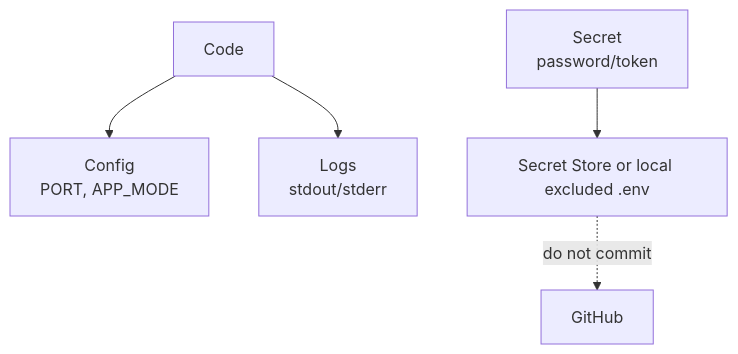
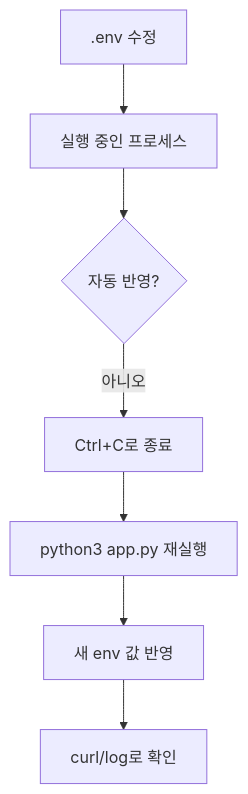
Before and after one commit to HwantaLee/w3d3-github-actions-dockerhub: the first of 2 diagrams in week1/day2/lesson-07.md, drawn with Mermaid. The commit also changed other lines of this file and 5 other files, not shown here.

Commit message:
Add env and logging lab app

````diff
--- a/week1/day2/lesson-07.md
+++ b/week1/day2/lesson-07.md
@@ -87,7 +231,9 @@
 ```mermaid
 flowchart TD
-    A["Code"] --> B["Config\nPORT, APP_MODE"]
-    A --> C["Logs\nstdout/stderr"]
-    S["Secret\npassword/token"] --> V["Secret Store or local excluded .env"]
-    V -. "do not commit" .-> G["GitHub"]
+    A[".env 수정"] --> B["실행 중인 프로세스"]
+    B --> C{"자동 반영?"}
+    C -- "아니오" --> D["Ctrl+C로 종료"]
+    D --> E["python3 app.py 재실행"]
+    E --> F["새 env 값 반영"]
+    F --> G["curl/log로 확인"]
 ```
````
